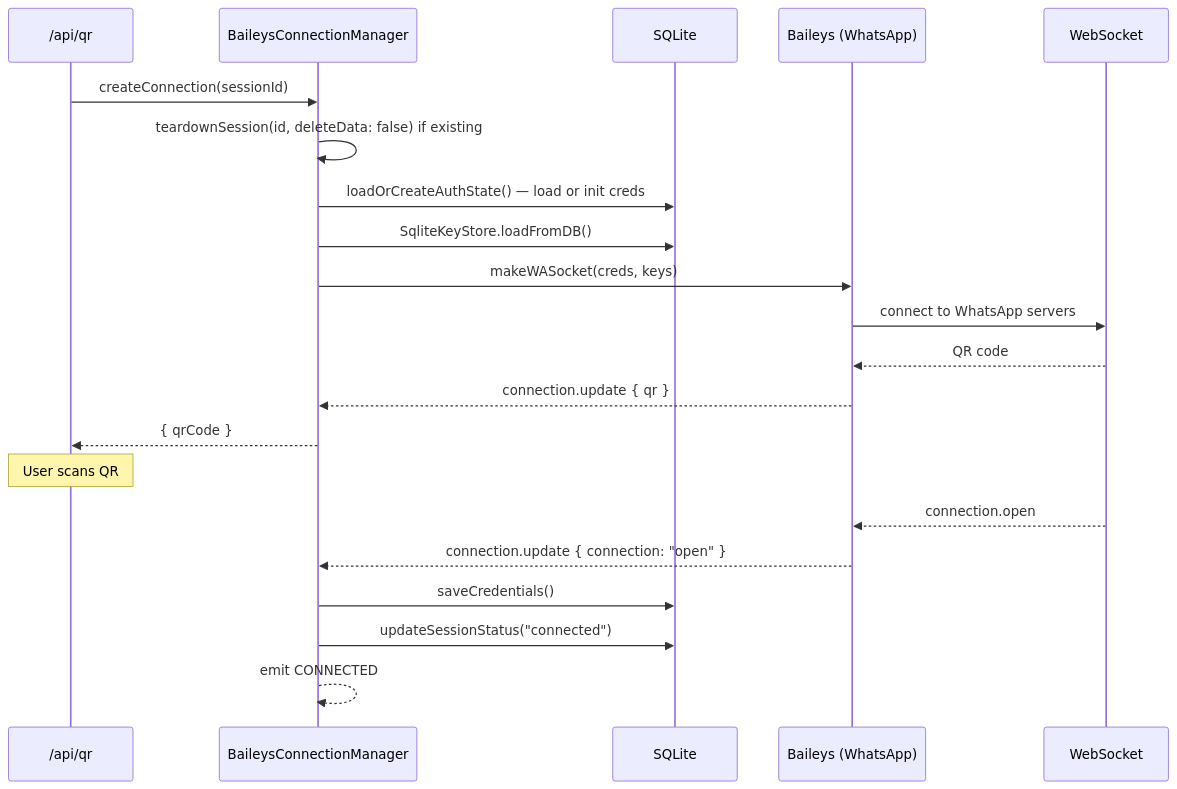
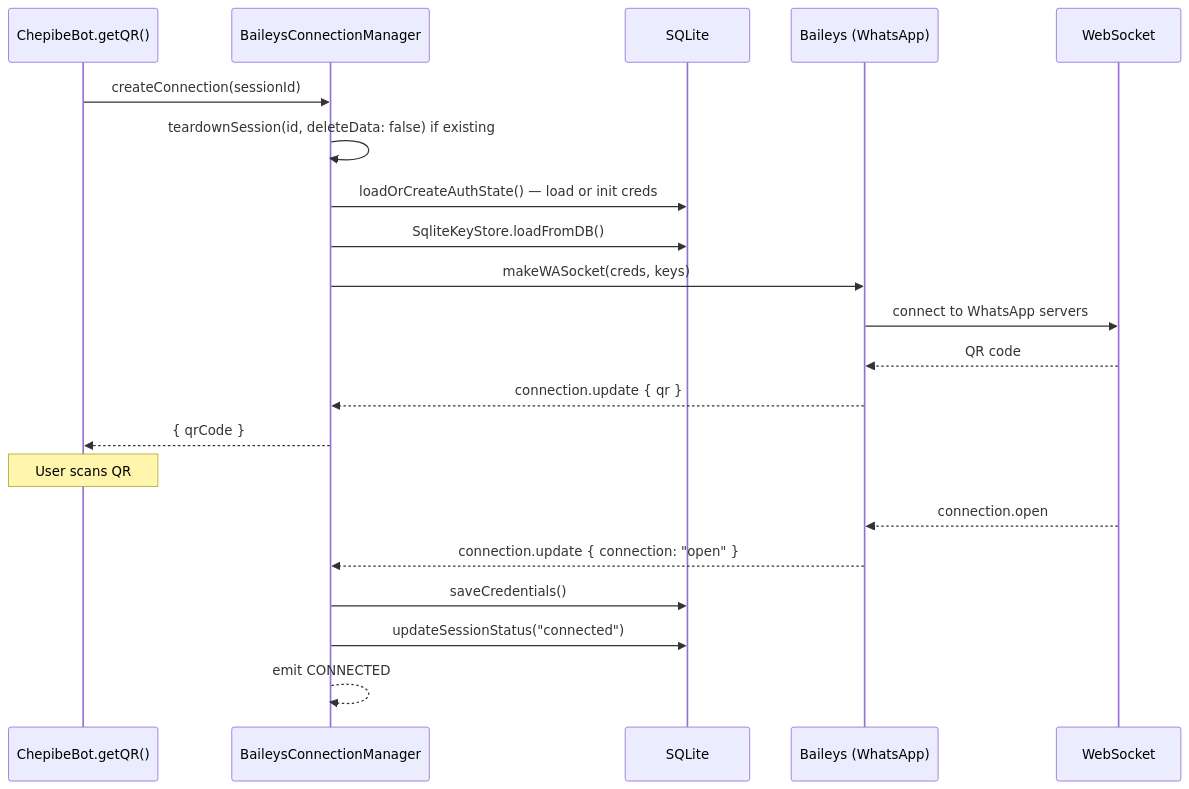
The third of 8 diagrams in docs/whatsapp-session-lifecycle.md (Fibra-Labs/chepibe-personal), drawn with Mermaid before and after one commit. The commit also changed other lines of this file and 35 other files, not shown here.

````diff
--- a/docs/whatsapp-session-lifecycle.md
+++ b/docs/whatsapp-session-lifecycle.md
@@ -82,24 +82,24 @@
 ```mermaid
 sequenceDiagram
-    participant API as /api/qr
+    participant BOT as ChepibeBot.getQR()
     participant MGR as BaileysConnectionManager
     participant DB as SQLite
     participant BA as Baileys (WhatsApp)
     participant WS as WebSocket
 
-    API->>MGR: createConnection(sessionId)
+    BOT->>MGR: createConnection(sessionId)
     MGR->>MGR: teardownSession(id, deleteData: false) if existing
     MGR->>DB: loadOrCreateAuthState() — load or init creds
     MGR->>DB: SqliteKeyStore.loadFromDB()
     MGR->>BA: makeWASocket(creds, keys)
     BA->>WS: connect to WhatsApp servers
     WS-->>BA: QR code
     BA-->>MGR: connection.update { qr }
-    MGR-->>API: { qrCode }
-    Note over API: User scans QR
+    MGR-->>BOT: { qrCode }
+    Note over BOT: User scans QR
     WS-->>BA: connection.open
     BA-->>MGR: connection.update { connection: "open" }
     MGR->>DB: saveCredentials()
     MGR->>DB: updateSessionStatus("connected")
     MGR-->>MGR: emit CONNECTED
 ```
````
